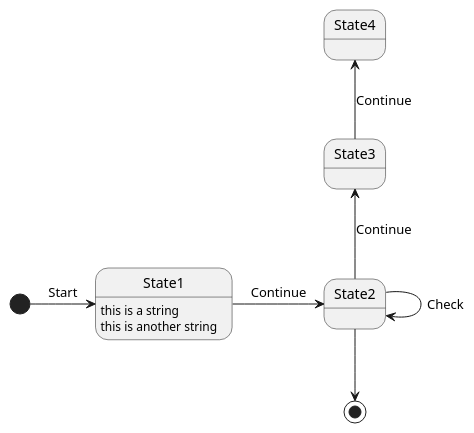
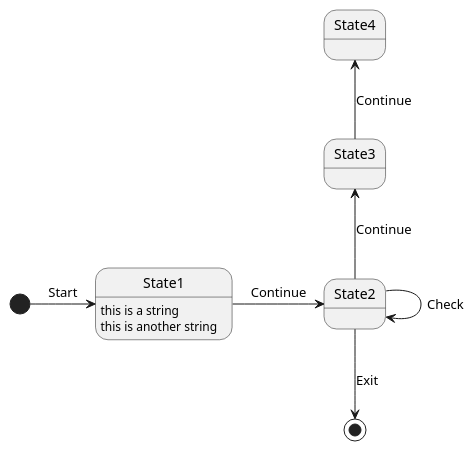
Before and after one commit to vrenken/EtAlii.Generators: the diagram in Source/EtAlii.Generators.Stateless.Tests/MyFancyStateMachine.puml, drawn with PlantUML. The commit also changed 9 other files, not shown here.

```diff
--- a/Source/EtAlii.Generators.Stateless.Tests/MyFancyStateMachine.puml
+++ b/Source/EtAlii.Generators.Stateless.Tests/MyFancyStateMachine.puml
@@ -1,15 +1,15 @@
 @startuml
 'stateless namespace EtAlii.Generators.Stateless.Tests
 'stateless class MyFancyStateMachineBase
 'stateless generate partial
 'stateless using System.Text
 
 [*] -> State1 << (string name) >> : Start
 State1 : this is a string
 State1 : this is another string
 State1 -> State2 : Continue
-State2 -down-> [*]
+State2 -down-> [*] : Exit
 State2 -> State2 << (string name) >> : Check
 State2 -up-> State3 : Continue
 State3 -up-> State4 << async >> : Continue
 @enduml
```
